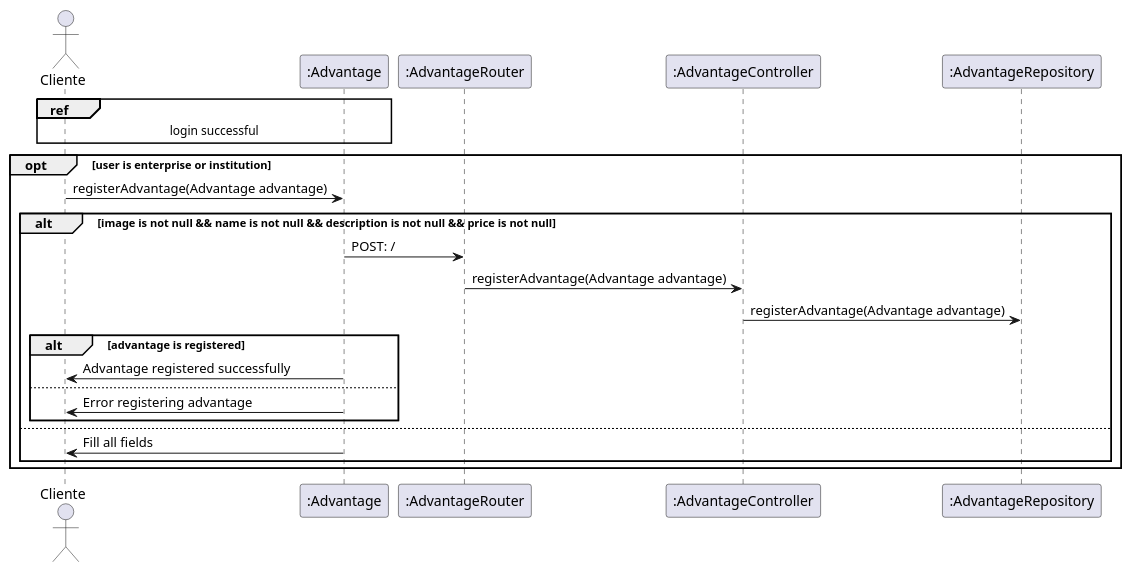
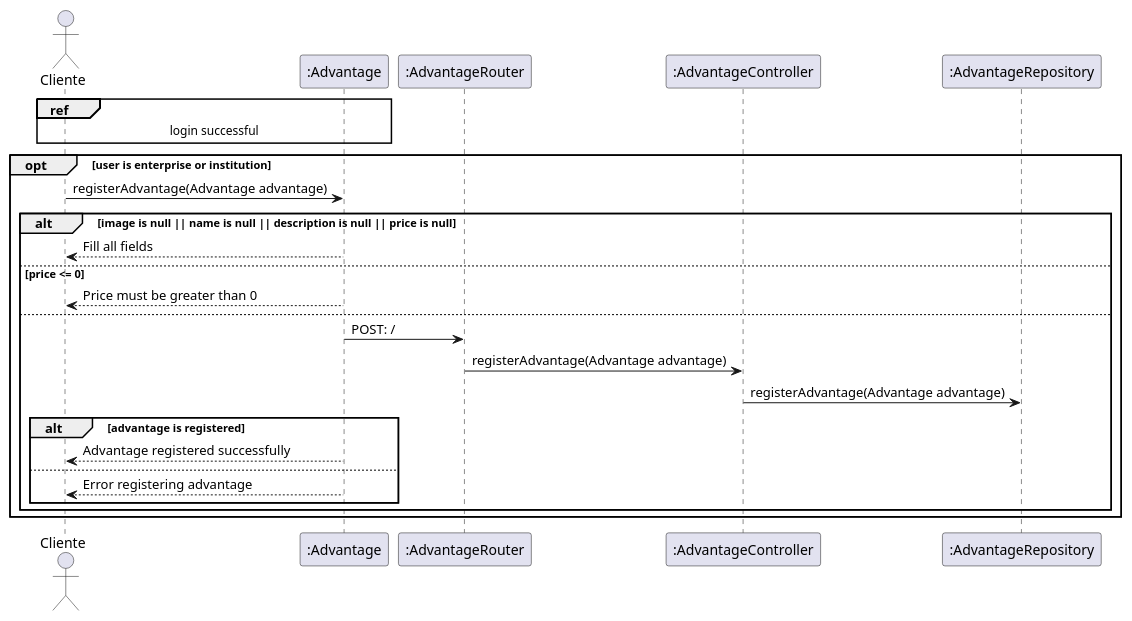
Before and after one commit to migueltico2/laboratorio-de-desenvolvimento-de-software: the diagram in projeto 4/project/sequenceDiagramRegisterAdvantage.plantuml, drawn with PlantUML. The commit also changed 2 other files, not shown here.

```diff
--- a/projeto 4/project/sequenceDiagramRegisterAdvantage.plantuml
+++ b/projeto 4/project/sequenceDiagramRegisterAdvantage.plantuml
@@ -1,27 +1,29 @@
 @startuml
 
 actor "Cliente" as cliente
 participant ":Advantage" as ad
 participant ":AdvantageRouter" as adRouter
 participant ":AdvantageController" as adController
 participant ":AdvantageRepository" as adRepository
 
 ref over cliente, ad: login successful
 
 opt user is enterprise or institution
     cliente -> ad : registerAdvantage(Advantage advantage)
-    alt image is not null && name is not null && description is not null && price is not null
+    alt image is null || name is null || description is null || price is null
+        ad --> cliente : Fill all fields
+    else price <= 0
+        ad --> cliente : Price must be greater than 0
+    else
         ad -> adRouter : POST: /
         adRouter -> adController : registerAdvantage(Advantage advantage)
         adController -> adRepository : registerAdvantage(Advantage advantage)
         alt advantage is registered
-            ad -> cliente : Advantage registered successfully
+            ad --> cliente : Advantage registered successfully
         else
-            ad -> cliente : Error registering advantage
+            ad --> cliente : Error registering advantage
         end
-    else
-        ad -> cliente : Fill all fields
     end
 end
 
 @enduml
```
